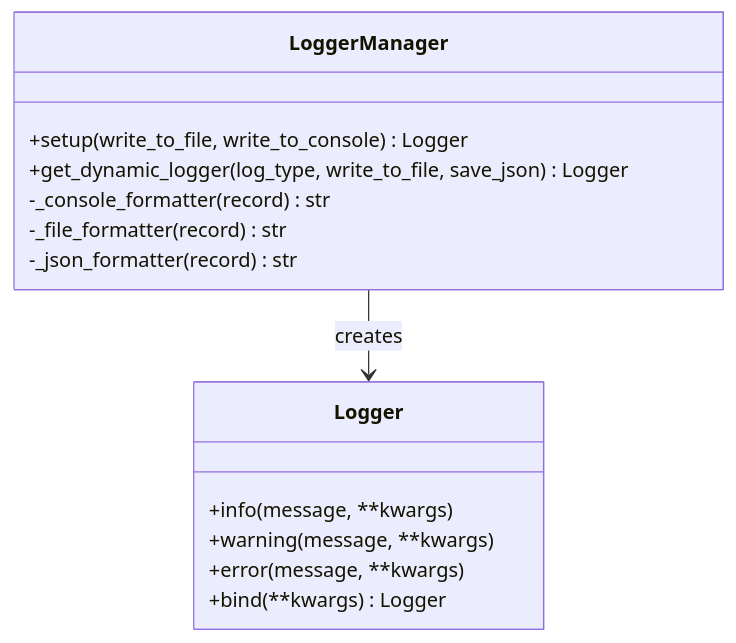
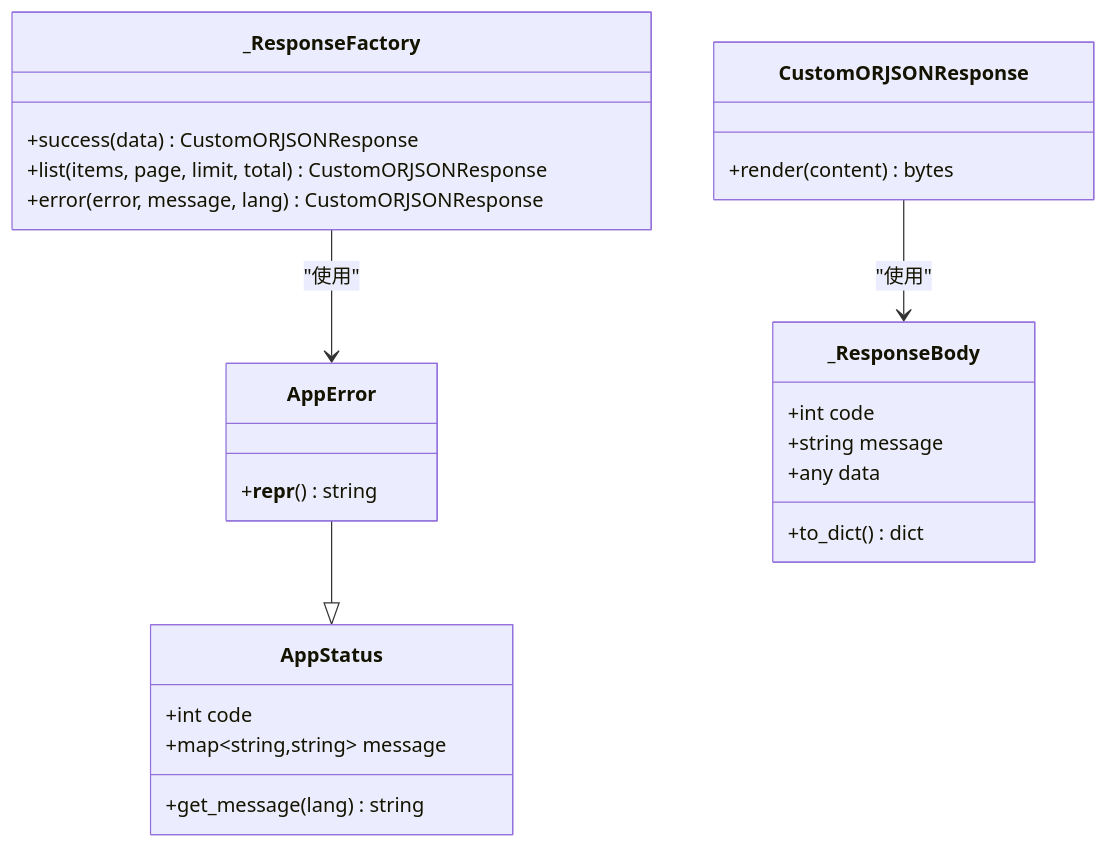
The sixth of 9 diagrams in .qoder/repowiki/zh/content/开发者指南.md (lilinzezzzzzz/fastapi-backend), drawn with Mermaid before and after one commit. The commit also changed other lines of this file and 104 other files, not shown here.

````diff
--- a/.qoder/repowiki/zh/content/开发者指南.md
+++ b/.qoder/repowiki/zh/content/开发者指南.md
@@ -646,17 +279,28 @@
 ```mermaid
 classDiagram
-class LoggerManager {
-+setup(write_to_file, write_to_console) Logger
-+get_dynamic_logger(log_type, write_to_file, save_json) Logger
--_console_formatter(record) str
--_file_formatter(record) str
--_json_formatter(record) str
+class AppStatus {
++int code
++map~string,string~ message
++get_message(lang) string
 }
-class Logger {
-+info(message, **kwargs)
-+warning(message, **kwargs)
-+error(message, **kwargs)
-+bind(**kwargs) Logger
+class AppError {
++__repr__() string
 }
-LoggerManager --> Logger : creates
+class _ResponseBody {
++int code
++string message
++any data
++to_dict() dict
+}
+class CustomORJSONResponse {
++render(content) bytes
+}
+class _ResponseFactory {
++success(data) CustomORJSONResponse
++list(items, page, limit, total) CustomORJSONResponse
++error(error, message, lang) CustomORJSONResponse
+}
+AppError --|> AppStatus
+CustomORJSONResponse --> _ResponseBody : "使用"
+_ResponseFactory --> AppError : "使用"
 ```
````
